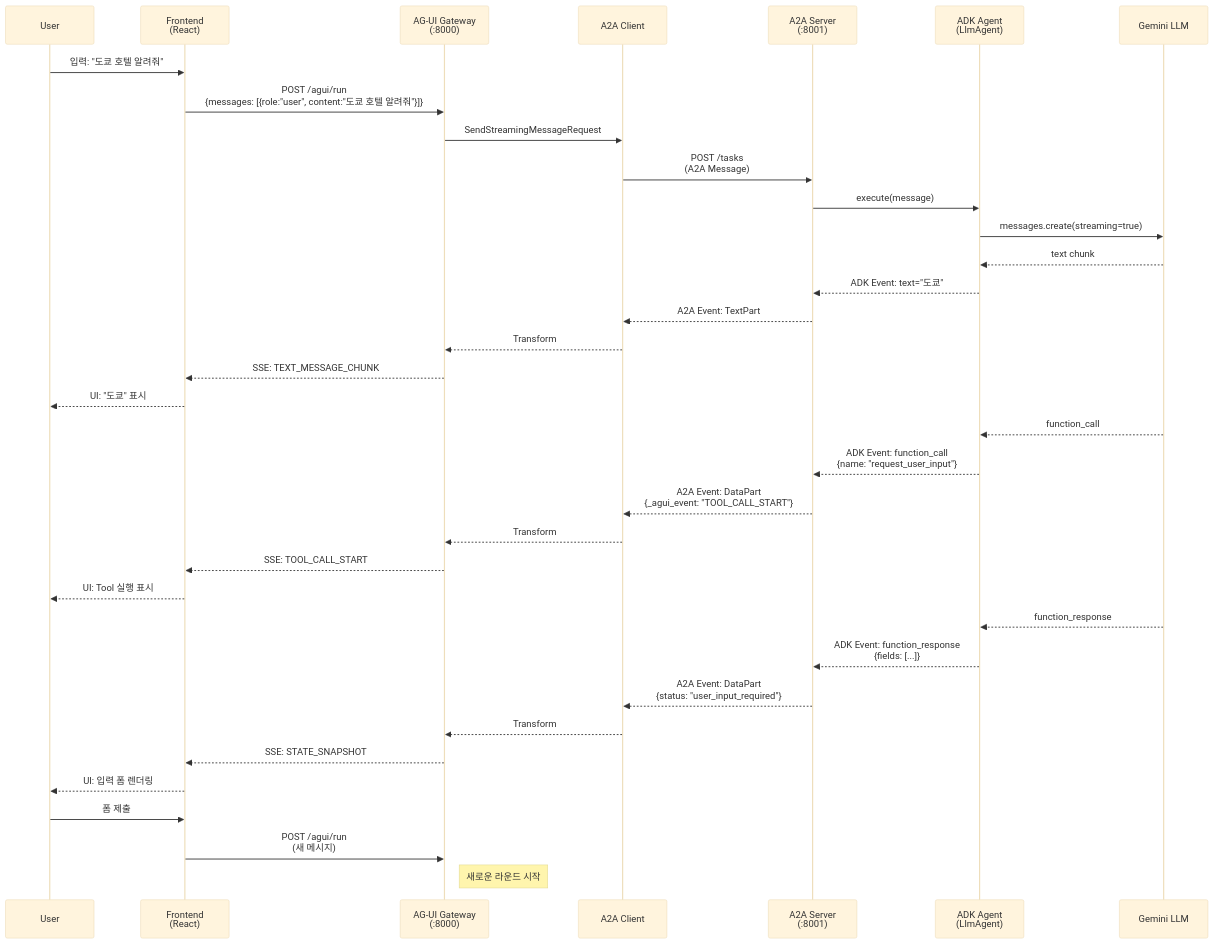
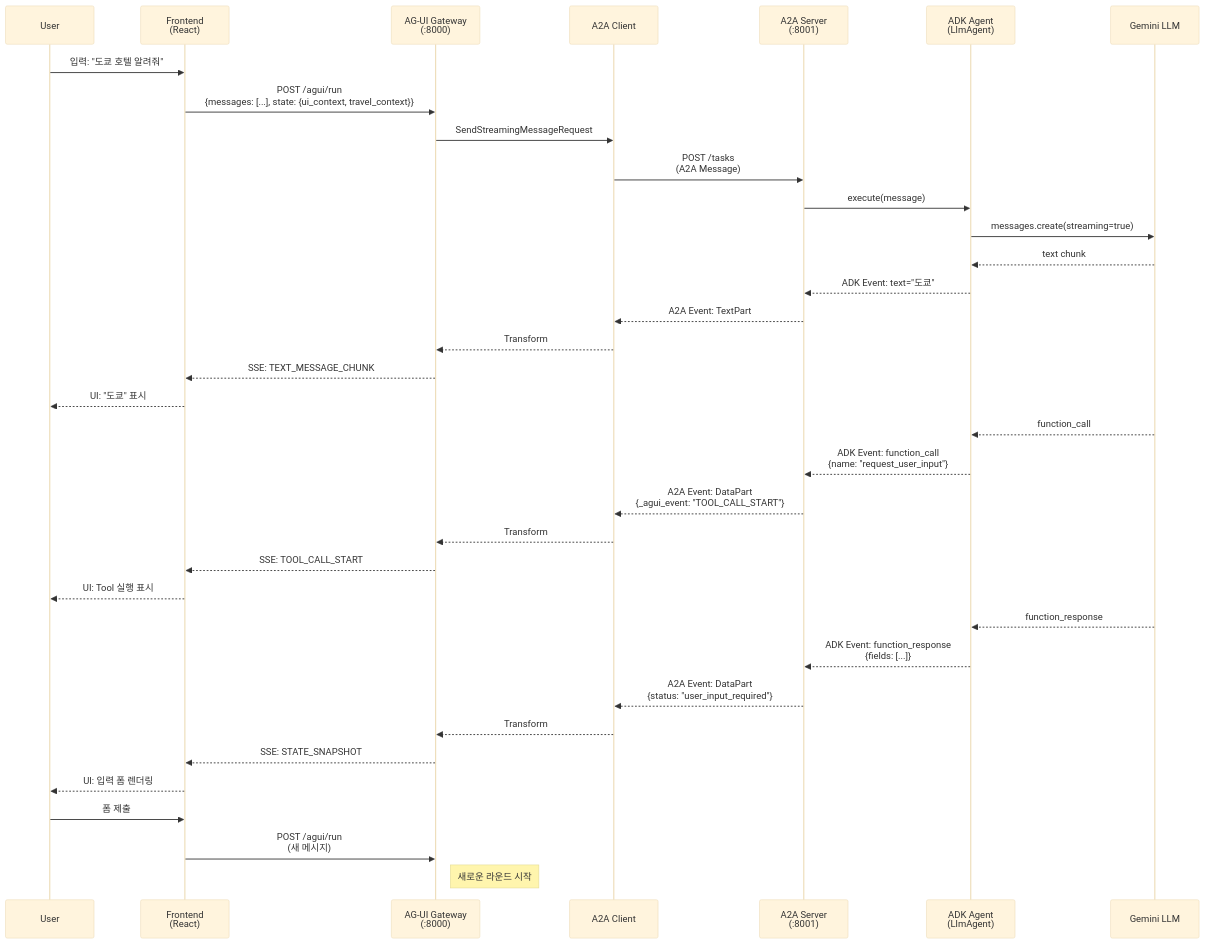
One commit to park-kitae/travel-agui changed the second of 3 diagrams in COMMUNICATION_FLOW.md. Above: the diagram before and after it, drawn with Mermaid (base theme). The commit also changed other lines of this file and 10 other files, not shown here.

````diff
--- a/COMMUNICATION_FLOW.md
+++ b/COMMUNICATION_FLOW.md
@@ -88,44 +88,44 @@
 ```mermaid
 sequenceDiagram
     participant User
     participant Frontend as Frontend<br/>(React)
     participant Gateway as AG-UI Gateway<br/>(:8000)
     participant A2AClient as A2A Client
     participant A2AServer as A2A Server<br/>(:8001)
     participant ADK as ADK Agent<br/>(LlmAgent)
     participant Gemini as Gemini LLM
 
     User->>Frontend: 입력: "도쿄 호텔 알려줘"
-    Frontend->>Gateway: POST /agui/run<br/>{messages: [{role:"user", content:"도쿄 호텔 알려줘"}]}
+    Frontend->>Gateway: POST /agui/run<br/>{messages: [...], state: {ui_context, travel_context}}
 
     Gateway->>A2AClient: SendStreamingMessageRequest
     A2AClient->>A2AServer: POST /tasks<br/>(A2A Message)
 
     A2AServer->>ADK: execute(message)
     ADK->>Gemini: messages.create(streaming=true)
 
     Gemini-->>ADK: text chunk
     ADK-->>A2AServer: ADK Event: text="도쿄"
     A2AServer-->>A2AClient: A2A Event: TextPart
     A2AClient-->>Gateway: Transform
     Gateway-->>Frontend: SSE: TEXT_MESSAGE_CHUNK
     Frontend-->>User: UI: "도쿄" 표시
 
     Gemini-->>ADK: function_call
     ADK-->>A2AServer: ADK Event: function_call<br/>{name: "request_user_input"}
     A2AServer-->>A2AClient: A2A Event: DataPart<br/>{_agui_event: "TOOL_CALL_START"}
     A2AClient-->>Gateway: Transform
     Gateway-->>Frontend: SSE: TOOL_CALL_START
     Frontend-->>User: UI: Tool 실행 표시
 
     Gemini-->>ADK: function_response
     ADK-->>A2AServer: ADK Event: function_response<br/>{fields: [...]}
     A2AServer-->>A2AClient: A2A Event: DataPart<br/>{status: "user_input_required"}
     A2AClient-->>Gateway: Transform
     Gateway-->>Frontend: SSE: STATE_SNAPSHOT
     Frontend-->>User: UI: 입력 폼 렌더링
 
     User->>Frontend: 폼 제출
     Frontend->>Gateway: POST /agui/run<br/>(새 메시지)
     Note right of Gateway: 새로운 라운드 시작
 ```
````
